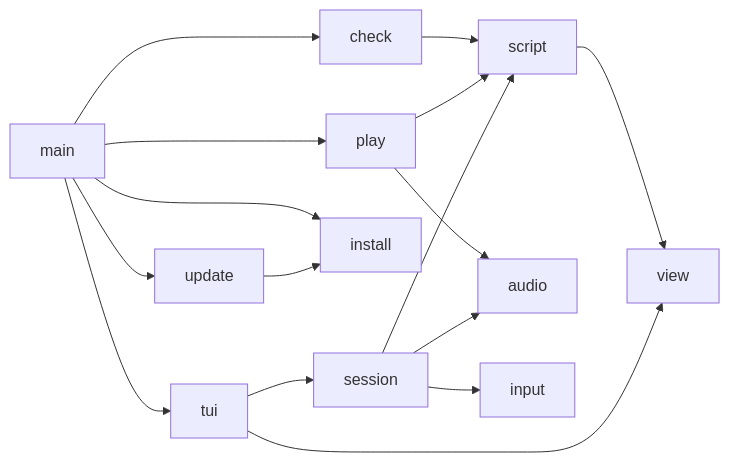
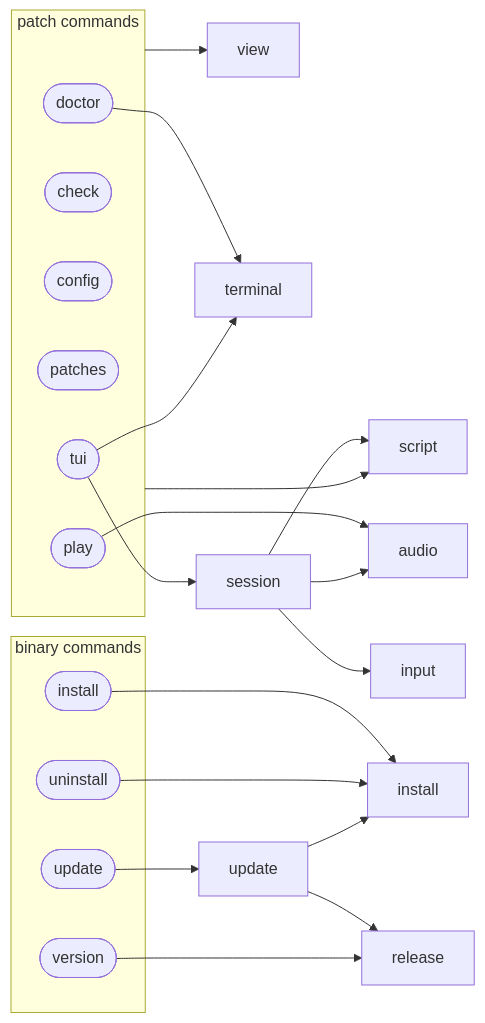
The diagram in src/README.md (turkosaurus/synth), drawn with Mermaid before and after one commit. The commit also changed other lines of this file, not shown here.

Commit message:
docs: src diagram groups patch and binary commands

````diff
--- a/src/README.md
+++ b/src/README.md
@@ -17,10 +17,24 @@
 ```mermaid
 flowchart LR
-    main --> check & play & tui
-    main --> install & update
-    check --> script --> view
-    play --> script & audio
+    subgraph patch [patch commands]
+        doctor([doctor])
+        check([check])
+        config([config])
+        patches([patches])
+        play([play])
+        tui([tui])
+    end
+    subgraph binary [binary commands]
+        install_cmd([install])
+        uninstall([uninstall])
+        update_cmd([update])
+        version([version])
+    end
+    patch --> script & view
+    doctor & tui --> terminal
+    play --> audio
     tui --> session --> script & audio & input
-    tui --> view
-    update --> install
+    install_cmd & uninstall --> install
+    update_cmd --> update --> install & release
+    version --> release
 ```
````
